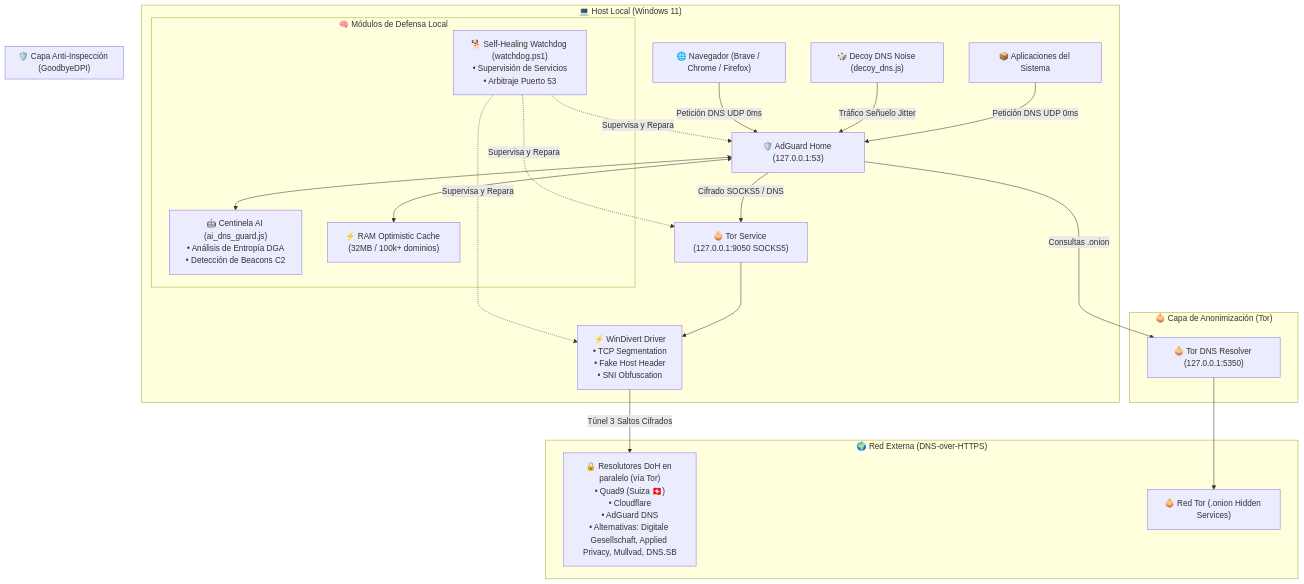
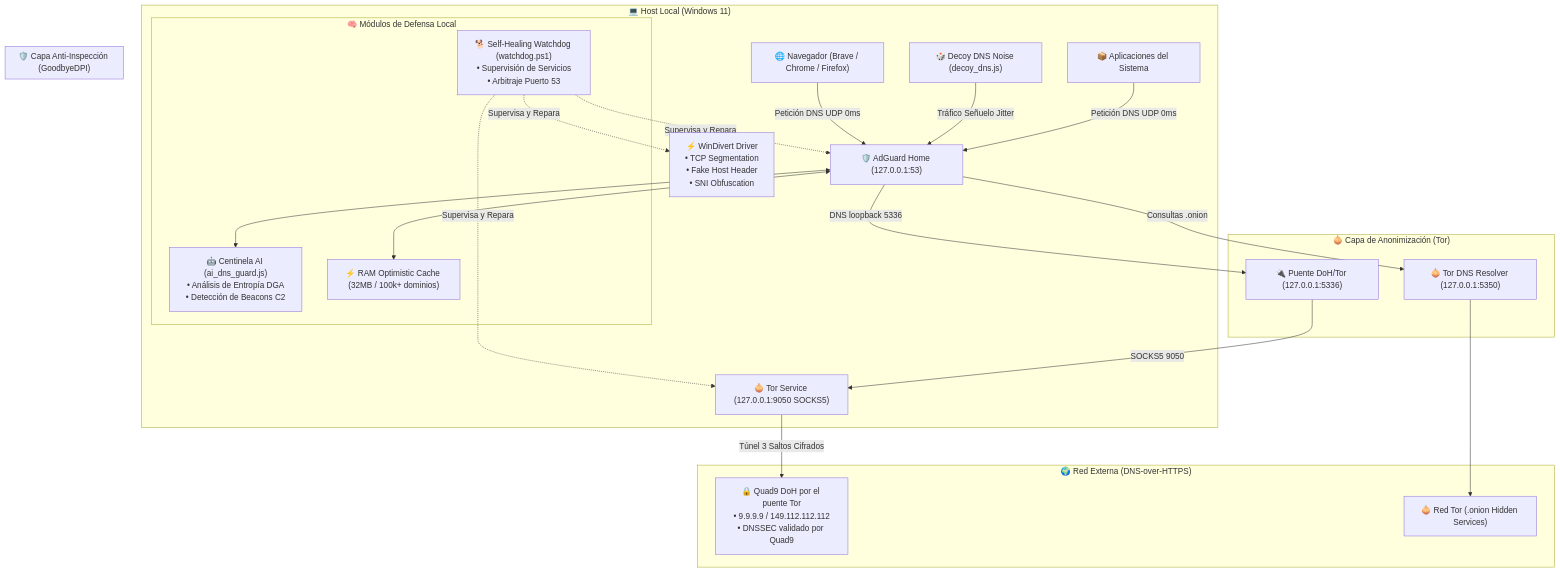
Before and after one commit to jpscalero/adguardhome-tor-dns-fortress: the diagram in README.md, drawn with Mermaid. The commit also changed other lines of this file and 34 other files, not shown here.

````diff
--- a/README.md
+++ b/README.md
@@ -27,44 +29,45 @@
 ```mermaid
 flowchart TD
     subgraph Host ["💻 Host Local (Windows 11)"]
         Browser["🌐 Navegador (Brave / Chrome / Firefox)"]
         Decoy["🎲 Decoy DNS Noise (decoy_dns.js)"]
         Apps["📦 Aplicaciones del Sistema"]
         
         Browser -->|Petición DNS UDP 0ms| AGH["🛡️ AdGuard Home (127.0.0.1:53)"]
         Decoy -->|Tráfico Señuelo Jitter| AGH
         Apps -->|Petición DNS UDP 0ms| AGH
 
         subgraph LocalDefense ["🧠 Módulos de Defensa Local"]
             Centinela["🤖 Centinela AI (ai_dns_guard.js)<br/>• Análisis de Entropía DGA<br/>• Detección de Beacons C2"]
             Watchdog["🐕 Self-Healing Watchdog (watchdog.ps1)<br/>• Supervisión de Servicios<br/>• Arbitraje Puerto 53"]
             Cache["⚡ RAM Optimistic Cache (32MB / 100k+ dominios)"]
         end
 
         AGH <--> Centinela
         AGH <--> Cache
         Watchdog -.->|Supervisa y Repara| AGH
         Watchdog -.->|Supervisa y Repara| TorProxy
         Watchdog -.->|Supervisa y Repara| GDPI
     end
 
     subgraph EvasionLayer ["🛡️ Capa Anti-Inspección (GoodbyeDPI)"]
         GDPI["⚡ WinDivert Driver<br/>• TCP Segmentation<br/>• Fake Host Header<br/>• SNI Obfuscation"]
     end
 
     subgraph AnonymityLayer ["🧅 Capa de Anonimización (Tor)"]
+        DoHBridge["🔌 Puente DoH/Tor (127.0.0.1:5336)"]
         TorProxy["🧅 Tor Service (127.0.0.1:9050 SOCKS5)"]
         OnionDNS["🧅 Tor DNS Resolver (127.0.0.1:5350)"]
     end
 
     subgraph Internet ["🌍 Red Externa (DNS-over-HTTPS)"]
-        Resolvers["🔒 Resolutores DoH en paralelo (vía Tor)<br/>• Quad9 (Suiza 🇨🇭)<br/>• Cloudflare<br/>• AdGuard DNS<br/>• Alternativas: Digitale Gesellschaft, Applied Privacy, Mullvad, DNS.SB"]
+        Resolvers["🔒 Quad9 DoH por el puente Tor<br/>• 9.9.9.9 / 149.112.112.112<br/>• DNSSEC validado por Quad9"]
         OnionNet["🧅 Red Tor (.onion Hidden Services)"]
     end
 
-    AGH -->|Cifrado SOCKS5 / DNS| TorProxy
+    AGH -->|DNS loopback 5336| DoHBridge
+    DoHBridge -->|SOCKS5 9050| TorProxy
     AGH -->|Consultas .onion| OnionDNS
-    TorProxy --> GDPI
-    GDPI -->|Túnel 3 Saltos Cifrados| Resolvers
+    TorProxy -->|Túnel 3 Saltos Cifrados| Resolvers
     OnionDNS --> OnionNet
 ```
````
